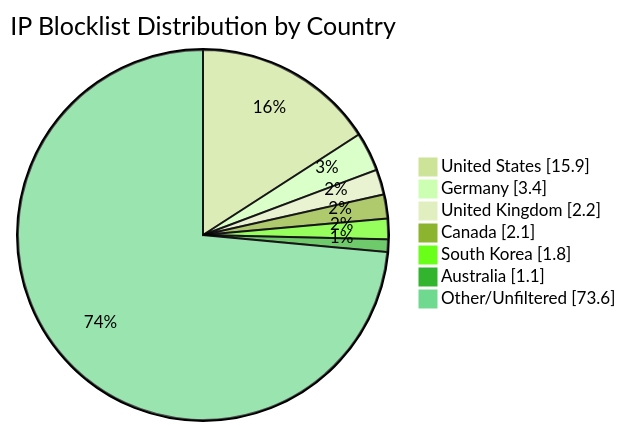
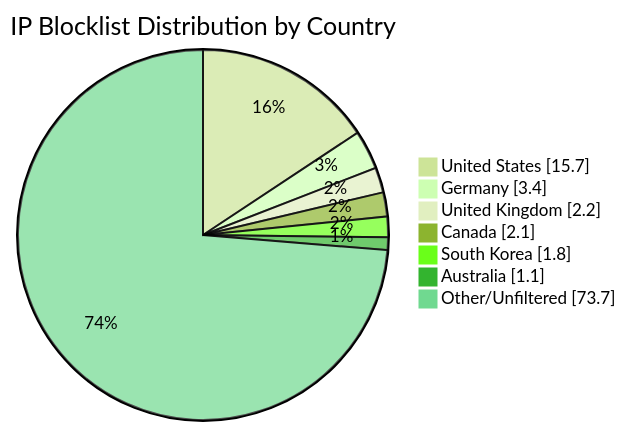
One commit to MarcusHoltz/ipblocklist-geofiltered-aggregator changed the diagram in README.md. Above: the diagram before and after it, drawn with Mermaid (forest theme). The commit also changed other lines of this file and 9 other files, not shown here.

````diff
--- a/README.md
+++ b/README.md
@@ -34,10 +34,10 @@
 ```mermaid
 pie showData title IP Blocklist Distribution by Country
-"United States" : 15.9
+"United States" : 15.7
 "Germany" : 3.4
 "United Kingdom" : 2.2
 "Canada" : 2.1
 "South Korea" : 1.8
 "Australia" : 1.1
-"Other/Unfiltered" : 73.6
+"Other/Unfiltered" : 73.7
 ```
````
